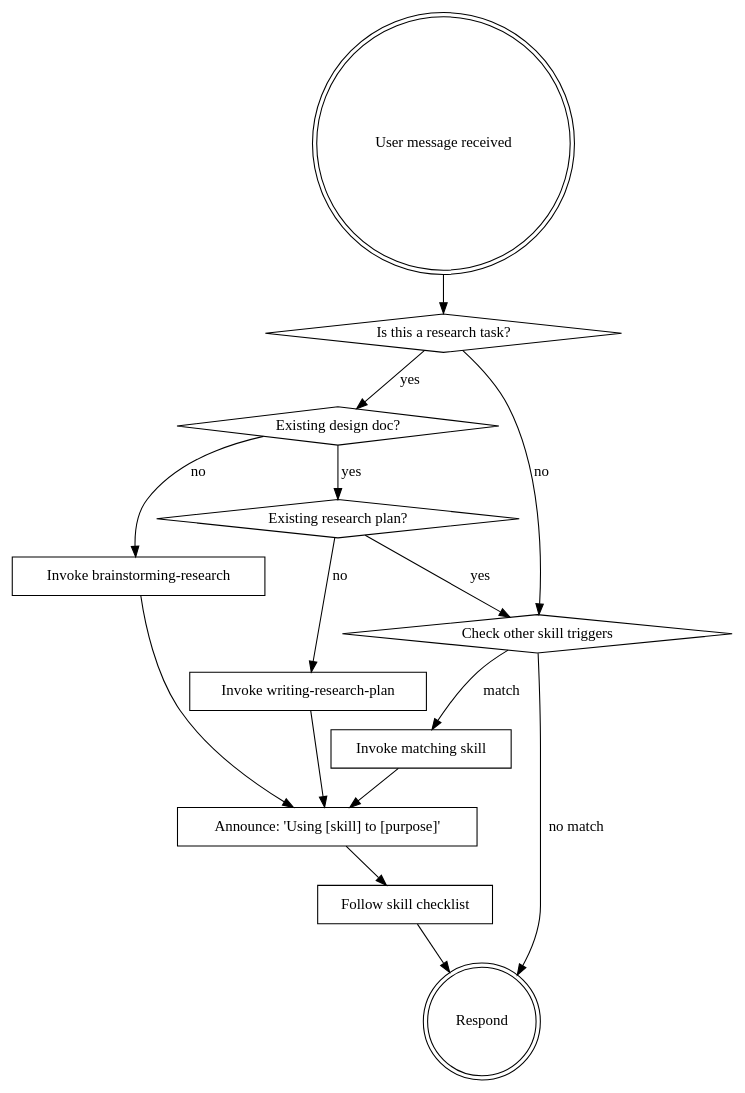
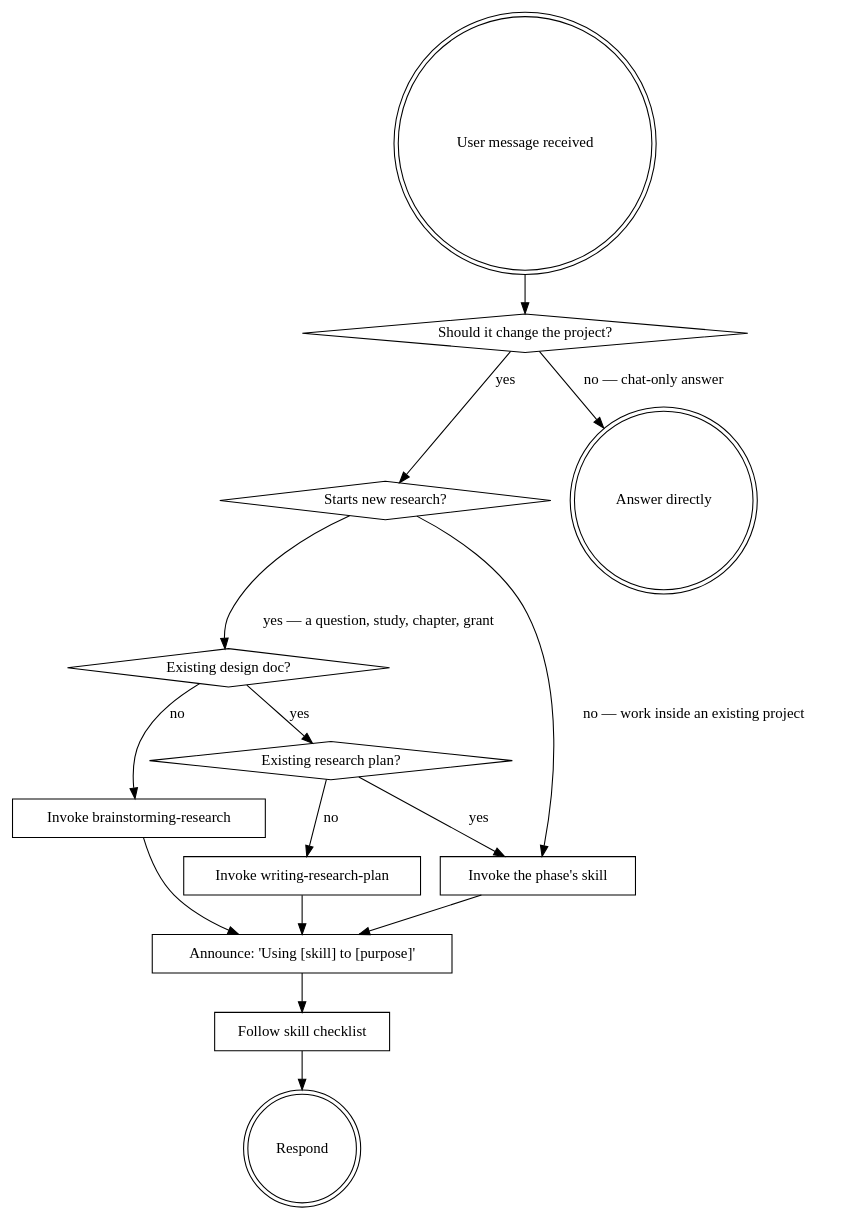
Before and after one commit to leiverkus/research-superpowers: the diagram in skills/using-research-powers/SKILL.md, drawn with Graphviz. The commit also changed other lines of this file and 8 other files, not shown here.

````diff
--- a/skills/using-research-powers/SKILL.md
+++ b/skills/using-research-powers/SKILL.md
@@ -74,30 +84,31 @@
 ```dot
 digraph research_flow {
     "User message received" [shape=doublecircle];
-    "Is this a research task?" [shape=diamond];
+    "Should it change the project?" [shape=diamond];
+    "Starts new research?" [shape=diamond];
     "Existing design doc?" [shape=diamond];
     "Existing research plan?" [shape=diamond];
+    "Answer directly" [shape=doublecircle];
     "Invoke brainstorming-research" [shape=box];
     "Invoke writing-research-plan" [shape=box];
-    "Check other skill triggers" [shape=diamond];
-    "Invoke matching skill" [shape=box];
+    "Invoke the phase's skill" [shape=box];
     "Announce: 'Using [skill] to [purpose]'" [shape=box];
     "Follow skill checklist" [shape=box];
     "Respond" [shape=doublecircle];
 
-    "User message received" -> "Is this a research task?";
-    "Is this a research task?" -> "Check other skill triggers" [label="no"];
-    "Is this a research task?" -> "Existing design doc?" [label="yes"];
+    "User message received" -> "Should it change the project?";
+    "Should it change the project?" -> "Answer directly" [label="no — chat-only answer"];
+    "Should it change the project?" -> "Starts new research?" [label="yes"];
+    "Starts new research?" -> "Invoke the phase's skill" [label="no — work inside an existing project"];
+    "Starts new research?" -> "Existing design doc?" [label="yes — a question, study, chapter, grant"];
     "Existing design doc?" -> "Invoke brainstorming-research" [label="no"];
     "Existing design doc?" -> "Existing research plan?" [label="yes"];
     "Existing research plan?" -> "Invoke writing-research-plan" [label="no"];
-    "Existing research plan?" -> "Check other skill triggers" [label="yes"];
-    "Check other skill triggers" -> "Invoke matching skill" [label="match"];
-    "Check other skill triggers" -> "Respond" [label="no match"];
+    "Existing research plan?" -> "Invoke the phase's skill" [label="yes"];
     "Invoke brainstorming-research" -> "Announce: 'Using [skill] to [purpose]'";
     "Invoke writing-research-plan" -> "Announce: 'Using [skill] to [purpose]'";
-    "Invoke matching skill" -> "Announce: 'Using [skill] to [purpose]'";
+    "Invoke the phase's skill" -> "Announce: 'Using [skill] to [purpose]'";
     "Announce: 'Using [skill] to [purpose]'" -> "Follow skill checklist";
     "Follow skill checklist" -> "Respond";
 }
 ```
````
